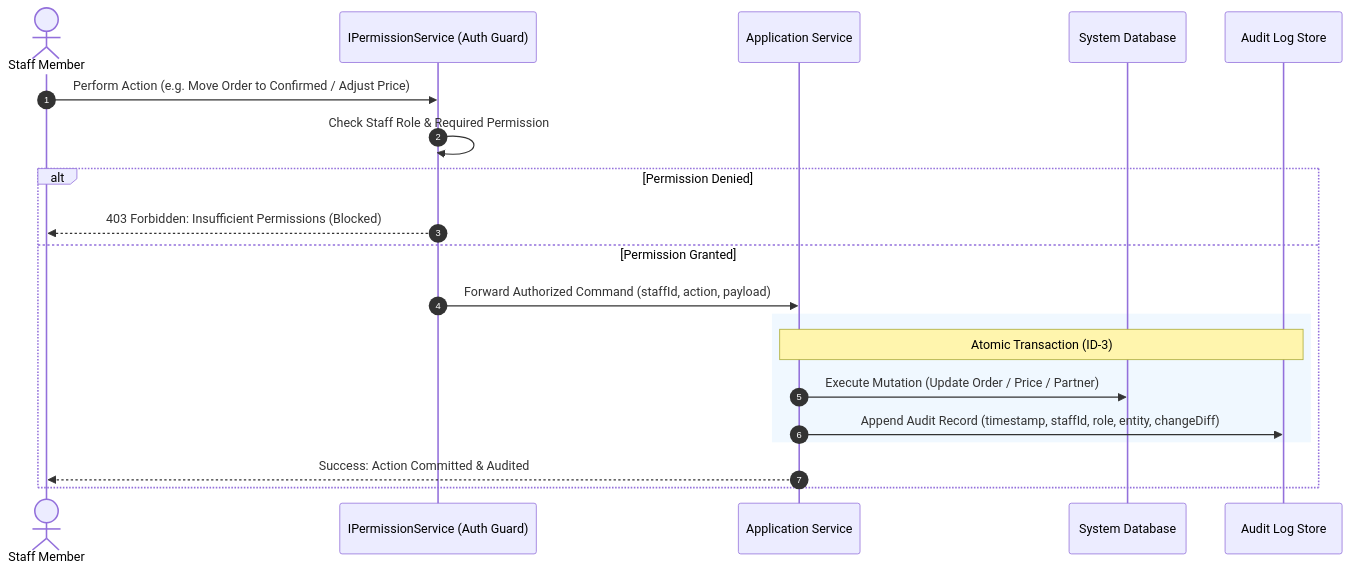
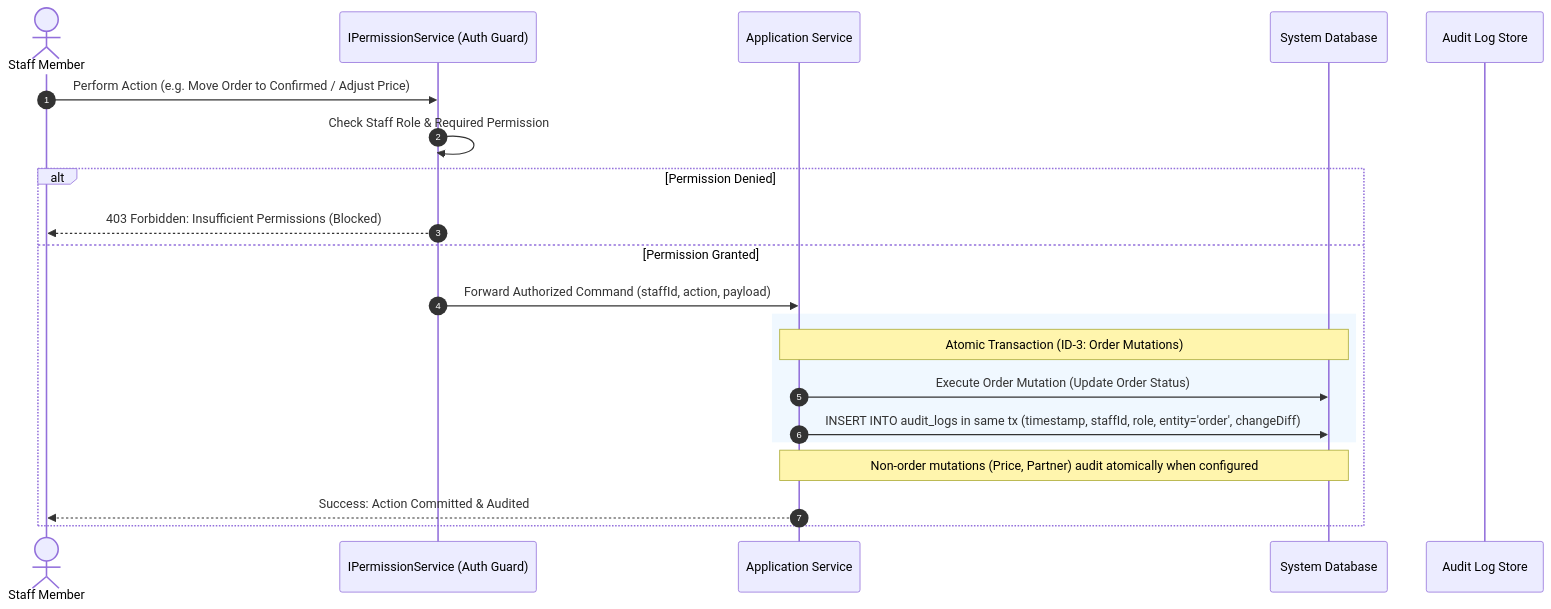
The second of 2 diagrams in docs/business/identity-and-administration.md (3mrhussein/findeg), drawn with Mermaid before and after one commit. The commit also changed other lines of this file and 10 other files, not shown here.

````diff
--- a/docs/business/identity-and-administration.md
+++ b/docs/business/identity-and-administration.md
@@ -130,23 +131,24 @@
 ```mermaid
 sequenceDiagram
     autonumber
     actor Staff as Staff Member
     participant Guard as IPermissionService (Auth Guard)
     participant Core as Application Service
     participant DB as System Database
     participant Audit as Audit Log Store
 
     Staff->>Guard: Perform Action (e.g. Move Order to Confirmed / Adjust Price)
     Guard->>Guard: Check Staff Role & Required Permission
     alt Permission Denied
         Guard-->>Staff: 403 Forbidden: Insufficient Permissions (Blocked)
     else Permission Granted
         Guard->>Core: Forward Authorized Command (staffId, action, payload)
         rect rgb(240, 248, 255)
-        note over Core,Audit: Atomic Transaction (ID-3)
-        Core->>DB: Execute Mutation (Update Order / Price / Partner)
-        Core->>Audit: Append Audit Record (timestamp, staffId, role, entity, changeDiff)
+        note over Core,DB: Atomic Transaction (ID-3: Order Mutations)
+        Core->>DB: Execute Order Mutation (Update Order Status)
+        Core->>DB: INSERT INTO audit_logs in same tx (timestamp, staffId, role, entity='order', changeDiff)
         end
+        note over Core,DB: Non-order mutations (Price, Partner) audit atomically when configured
         Core-->>Staff: Success: Action Committed & Audited
     end
 ```
````
